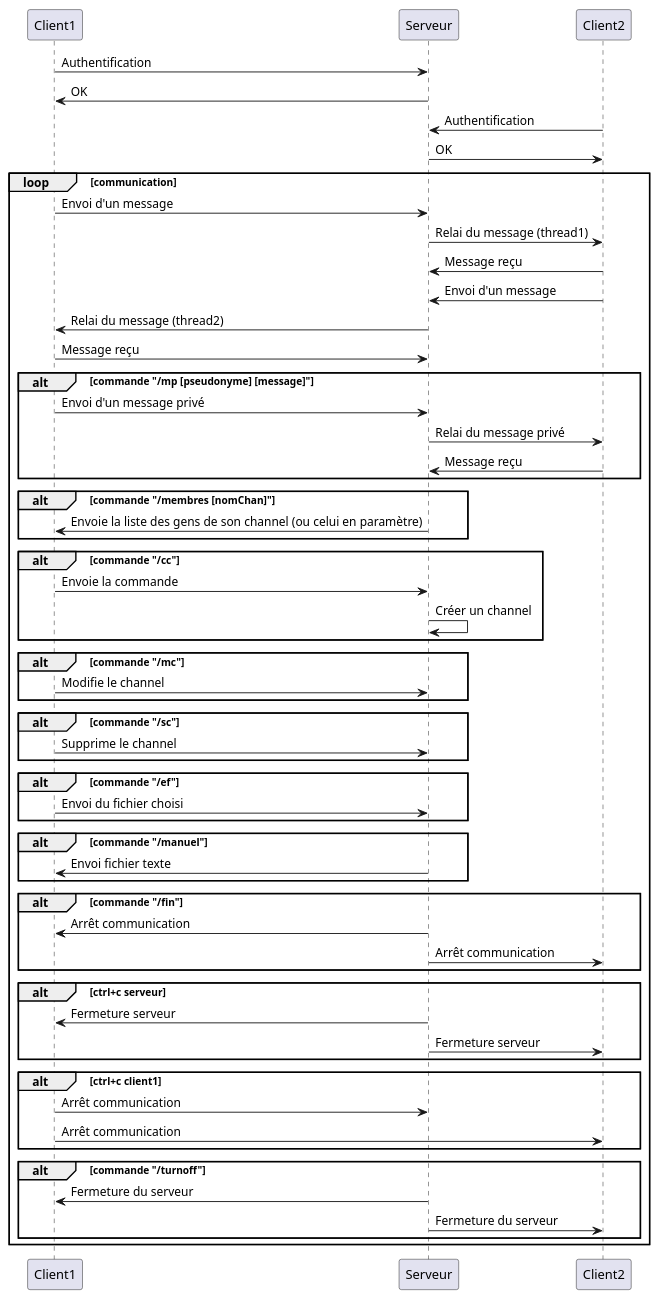
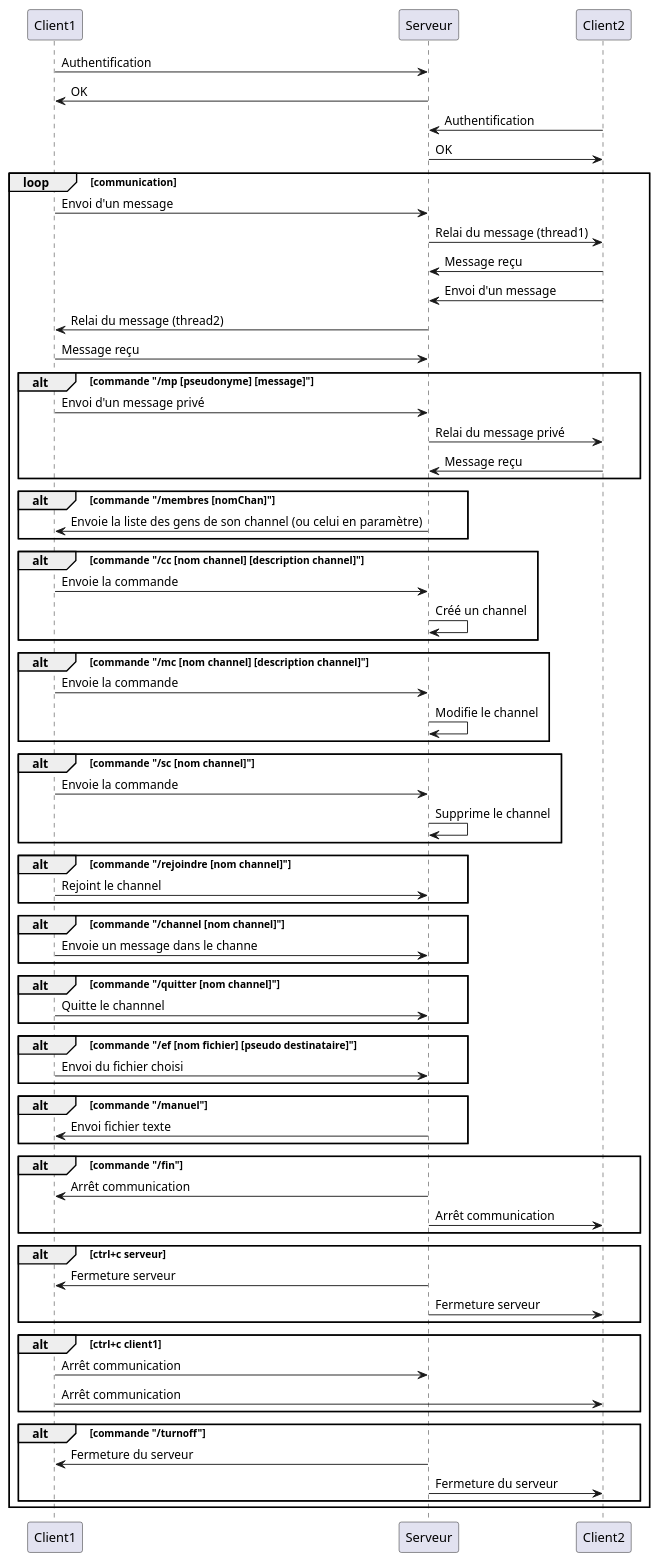
The diagram in diagseqfin.plantuml (DisaroSkell/raipon_FDP), drawn with PlantUML before and after one commit. The commit also changed 1 other file, not shown here.

```diff
--- a/diagseqfin.plantuml
+++ b/diagseqfin.plantuml
@@ -1,56 +1,66 @@
 @startuml
 
 Client1 -> Serveur: Authentification
 Serveur -> Client1: OK
 Client2 -> Serveur: Authentification
 Serveur -> Client2: OK
 loop communication
   Client1 -> Serveur: Envoi d'un message
   Serveur -> Client2: Relai du message (thread1)
   Client2 -> Serveur: Message reçu
   Client2 -> Serveur: Envoi d'un message
   Serveur -> Client1: Relai du message (thread2)
   Client1 -> Serveur: Message reçu
   alt commande "/mp [pseudonyme] [message]"
     Client1 -> Serveur: Envoi d'un message privé
     Serveur -> Client2: Relai du message privé
     Client2 -> Serveur: Message reçu
   end
   alt commande "/membres [nomChan]"
     Serveur -> Client1 : Envoie la liste des gens de son channel (ou celui en paramètre)
   end
-  alt commande "/cc"
+  alt commande "/cc [nom channel] [description channel]"
     Client1 -> Serveur : Envoie la commande
-   Serveur -> Serveur : Créer un channel
+    Serveur -> Serveur : Créé un channel
   end
-  alt commande "/mc"
-    Client1 -> Serveur : Modifie le channel
+  alt commande "/mc [nom channel] [description channel]"
+    Client1 -> Serveur : Envoie la commande
+    Serveur -> Serveur : Modifie le channel
   end
-  alt commande "/sc"
-    Client1 -> Serveur : Supprime le channel
+  alt commande "/sc [nom channel]"
+    Client1 -> Serveur : Envoie la commande
+    Serveur -> Serveur : Supprime le channel
   end
-  
-  alt commande "/ef"
+  alt commande "/rejoindre [nom channel]"
+    Client1 -> Serveur : Rejoint le channel
+  end
+  alt commande "/channel [nom channel]"
+    Client1 -> Serveur : Envoie un message dans le channe
+  end
+  alt commande "/quitter [nom channel]"
+    Client1 -> Serveur : Quitte le channnel
+  end
+  alt commande "/ef [nom fichier] [pseudo destinataire]"
     Client1 -> Serveur: Envoi du fichier choisi
   end
   alt commande "/manuel"
     Serveur -> Client1: Envoi fichier texte
   end
     alt commande "/fin"
     Serveur -> Client1: Arrêt communication
     Serveur -> Client2: Arrêt communication
   end
   alt ctrl+c serveur
     Serveur -> Client1: Fermeture serveur
     Serveur -> Client2 : Fermeture serveur
   end
   alt ctrl+c client1
     Client1 -> Serveur: Arrêt communication
     Client1 -> Client2: Arrêt communication
   end
   alt commande "/turnoff"
     Serveur -> Client1 : Fermeture du serveur
     Serveur -> Client2 : Fermeture du serveur
   end  
 end
 @enduml
```
